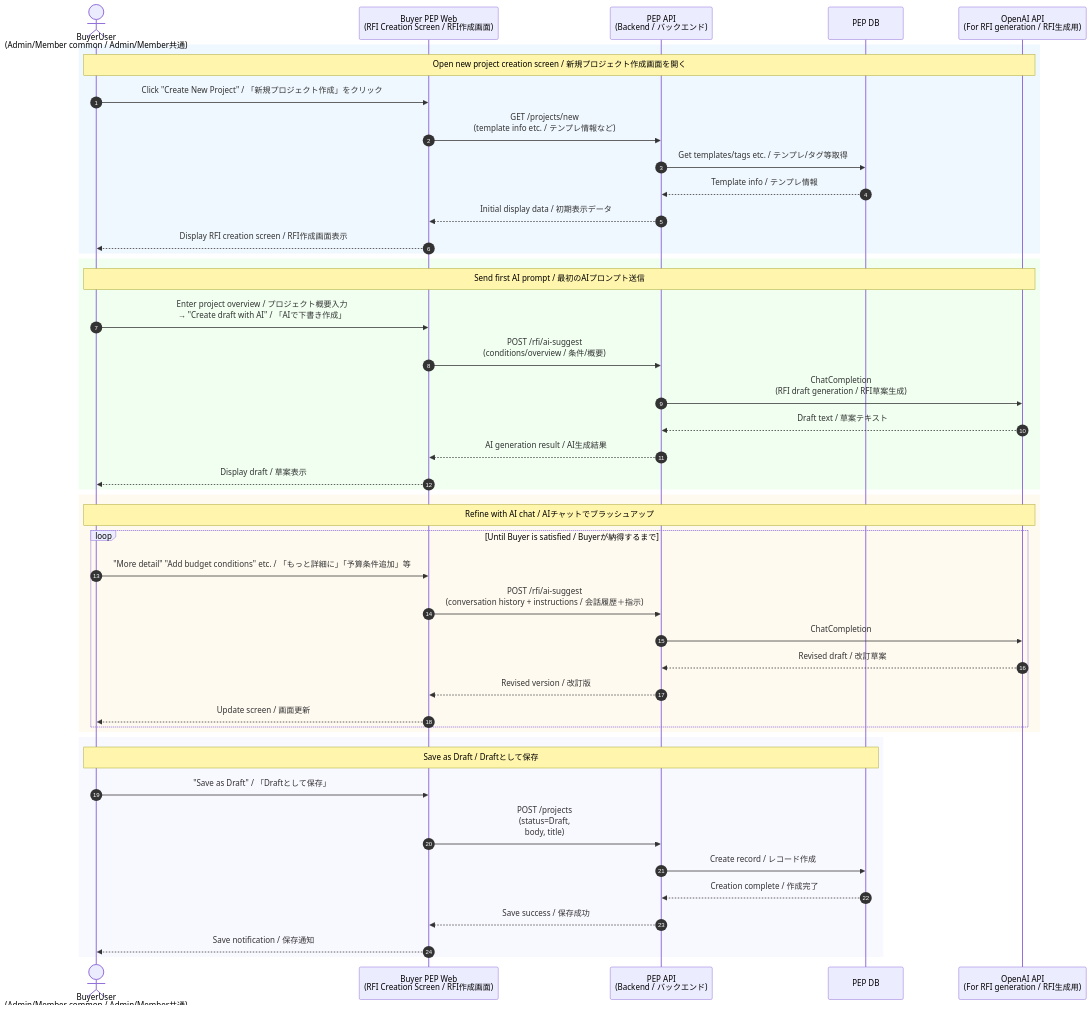
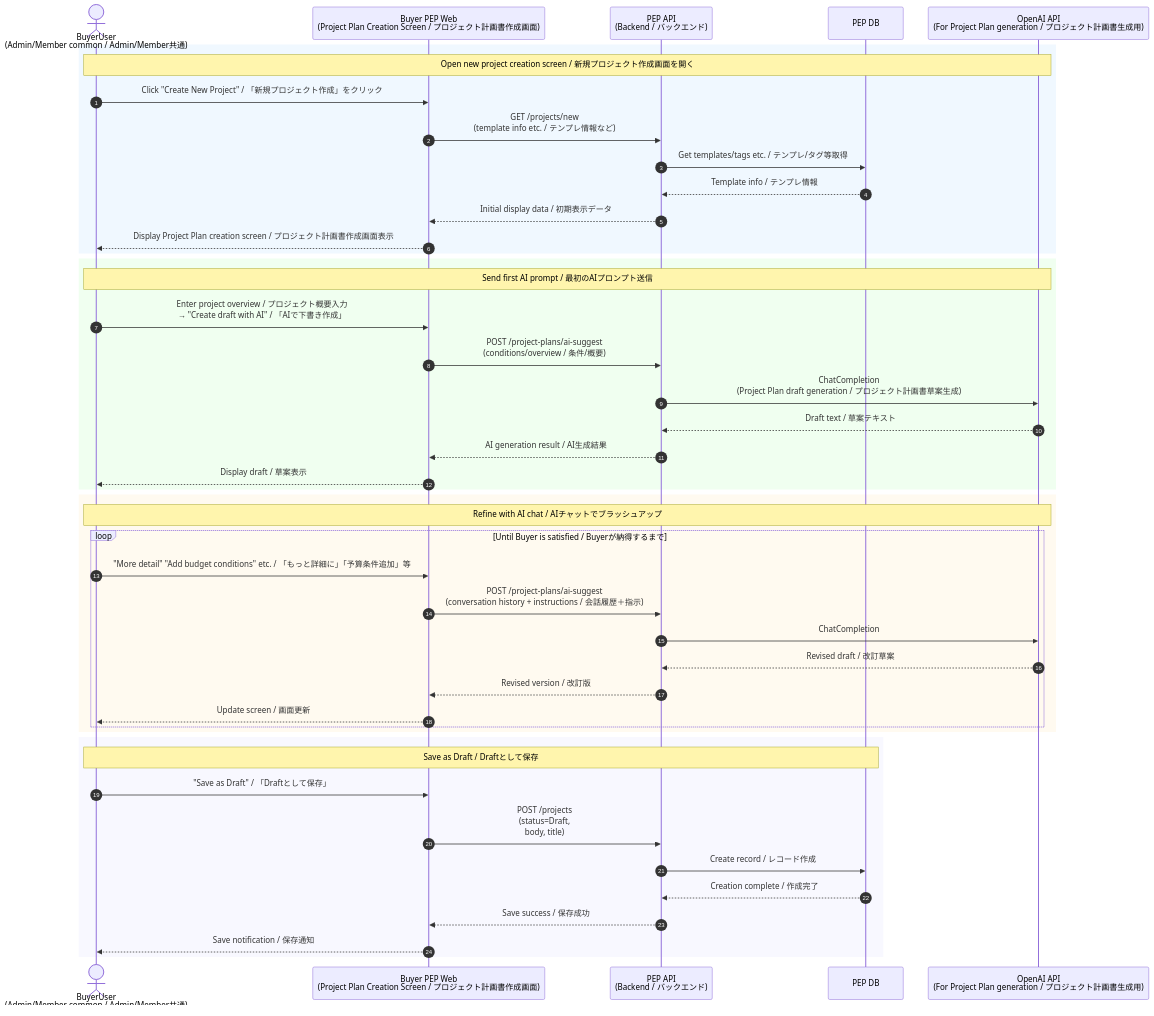
Before and after one commit to PhamDuBin/pep: the diagram in docs/UC/UC6.md, drawn with Mermaid. The commit also changed other lines of this file and 23 other files, not shown here.

````diff
--- a/docs/UC/UC6.md
+++ b/docs/UC/UC6.md
@@ -3,53 +3,53 @@
 ```mermaid
 sequenceDiagram
     autonumber
     actor BU as BuyerUser<br/>(Admin/Member common / Admin/Member共通)
-    participant BWeb as Buyer PEP Web<br/>(RFI Creation Screen / RFI作成画面)
+    participant BWeb as Buyer PEP Web<br/>(Project Plan Creation Screen / プロジェクト計画書作成画面)
     participant API as PEP API<br/>(Backend / バックエンド)
     participant DB as PEP DB
-    participant AI as OpenAI API<br/>(For RFI generation / RFI生成用)
+    participant AI as OpenAI API<br/>(For Project Plan generation / プロジェクト計画書生成用)
 
     rect rgb(240, 248, 255)
         Note over BU, AI: Open new project creation screen / 新規プロジェクト作成画面を開く
         BU->>BWeb: Click "Create New Project" / 「新規プロジェクト作成」をクリック
         BWeb->>API: GET /projects/new<br/>(template info etc. / テンプレ情報など)
         API->>DB: Get templates/tags etc. / テンプレ/タグ等取得
         DB-->>API: Template info / テンプレ情報
         API-->>BWeb: Initial display data / 初期表示データ
-        BWeb-->>BU: Display RFI creation screen / RFI作成画面表示
+        BWeb-->>BU: Display Project Plan creation screen / プロジェクト計画書作成画面表示
     end
 
     rect rgb(240, 255, 240)
         Note over BU, AI: Send first AI prompt / 最初のAIプロンプト送信
         BU->>BWeb: Enter project overview / プロジェクト概要入力<br/>→ "Create draft with AI" / 「AIで下書き作成」
-        BWeb->>API: POST /rfi/ai-suggest<br/>(conditions/overview / 条件/概要)
+        BWeb->>API: POST /project-plans/ai-suggest<br/>(conditions/overview / 条件/概要)
 
-        API->>AI: ChatCompletion<br/>(RFI draft generation / RFI草案生成)
+        API->>AI: ChatCompletion<br/>(Project Plan draft generation / プロジェクト計画書草案生成)
         AI-->>API: Draft text / 草案テキスト
 
         API-->>BWeb: AI generation result / AI生成結果
         BWeb-->>BU: Display draft / 草案表示
     end
 
     rect rgb(255, 250, 240)
         Note over BU, AI: Refine with AI chat / AIチャットでブラッシュアップ
         loop Until Buyer is satisfied / Buyerが納得するまで
             BU->>BWeb: "More detail" "Add budget conditions" etc. / 「もっと詳細に」「予算条件追加」等
-            BWeb->>API: POST /rfi/ai-suggest<br/>(conversation history + instructions / 会話履歴＋指示)
+            BWeb->>API: POST /project-plans/ai-suggest<br/>(conversation history + instructions / 会話履歴＋指示)
             API->>AI: ChatCompletion
             AI-->>API: Revised draft / 改訂草案
             API-->>BWeb: Revised version / 改訂版
             BWeb-->>BU: Update screen / 画面更新
         end
     end
 
     rect rgb(248, 248, 255)
         Note over BU, DB: Save as Draft / Draftとして保存
         BU->>BWeb: "Save as Draft" / 「Draftとして保存」
         BWeb->>API: POST /projects<br/>(status=Draft,<br/>body, title)
         API->>DB: Create record / レコード作成
         DB-->>API: Creation complete / 作成完了
         API-->>BWeb: Save success / 保存成功
         BWeb-->>BU: Save notification / 保存通知
     end
 ```
````
